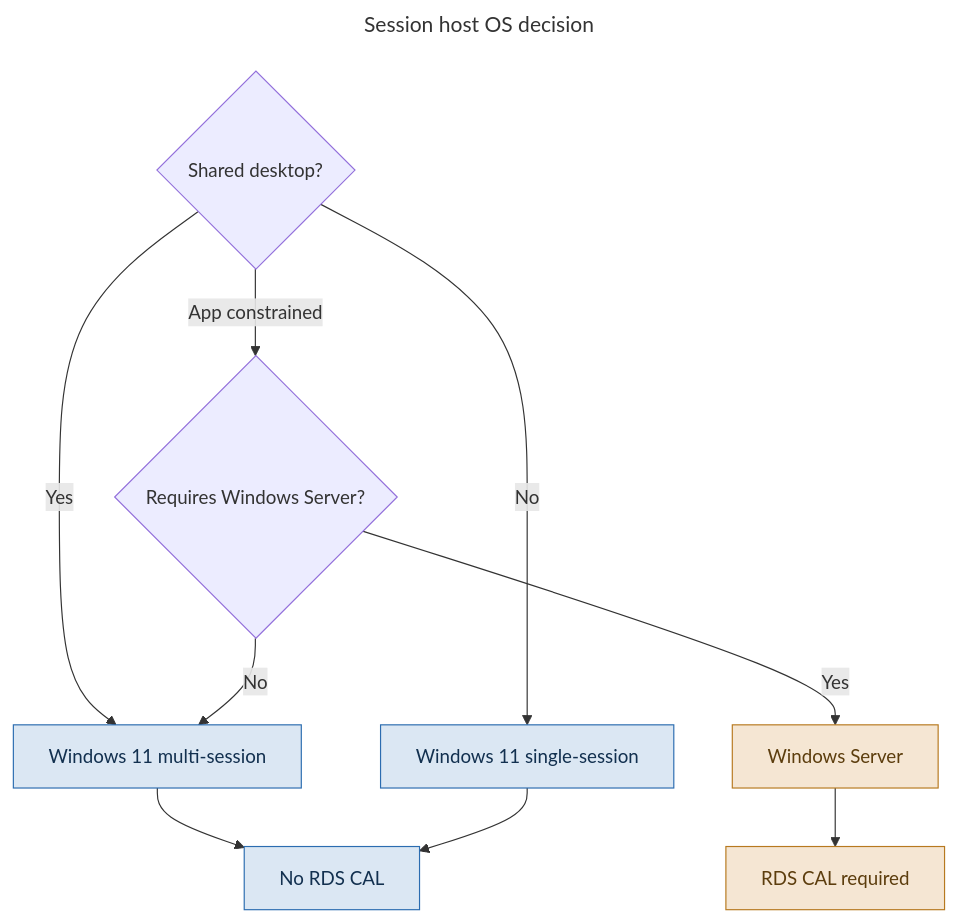
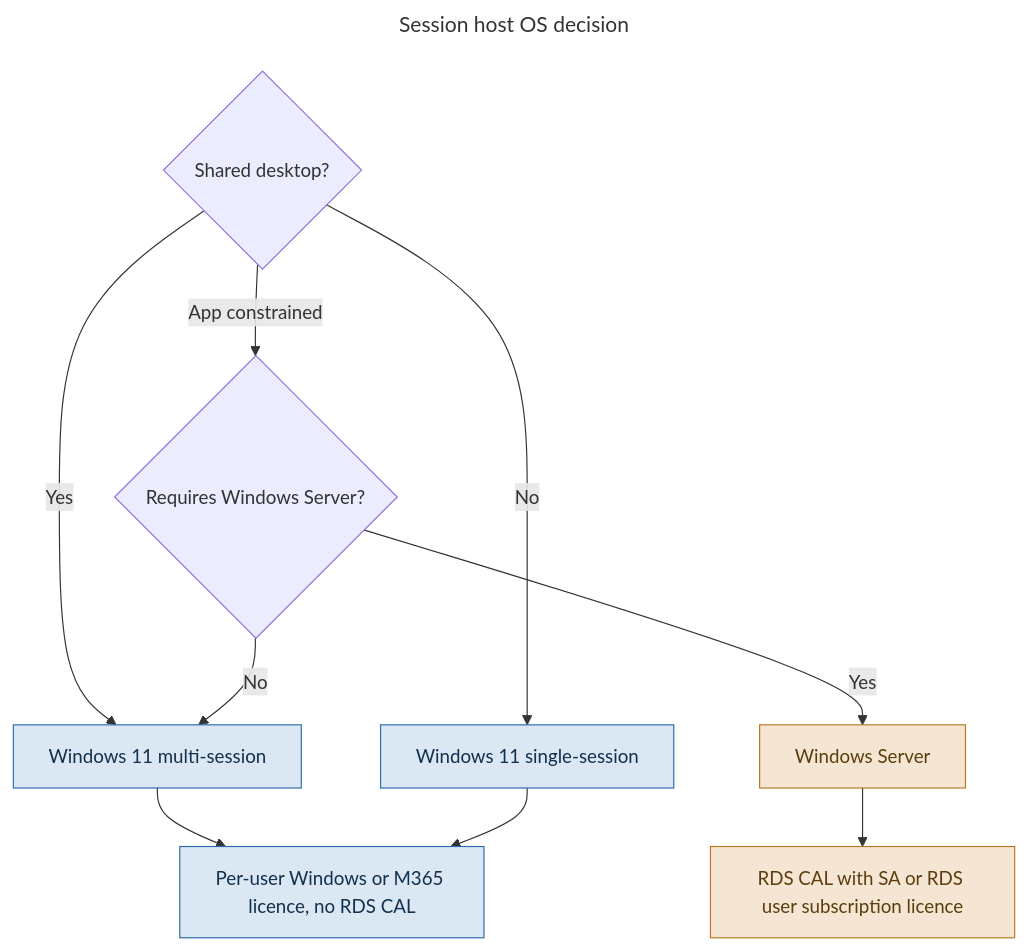
Before and after one commit to AddySidd27/azure-virtual-desktop-architect: the diagram in diagrams/ch05-session-host-os-decision.mermaid, drawn with Mermaid. The commit also changed 31 other files, not shown here.

First line of the commit message:
Validate Ch1-4 assets: redraw ch01, fix ch02/08/09/10 and lab03/04 diagrams, sync stale mermaid copies, correct Labs 1-5 and Terraform comments, add asset matrix

```diff
--- a/diagrams/ch05-session-host-os-decision.mermaid
+++ b/diagrams/ch05-session-host-os-decision.mermaid
@@ -1,21 +1,21 @@
 ---
 title: Session host OS decision
 ---
 flowchart TB
     Q1{"Shared desktop?"}
     Q2{"Requires Windows Server?"}
 
     Q1 -->|"Yes"| MS["Windows 11 multi-session"]
     Q1 -->|"No"| SS["Windows 11 single-session"]
     Q1 -->|"App constrained"| Q2
     Q2 -->|"Yes"| WS["Windows Server"]
     Q2 -->|"No"| MS
 
-    MS --> L1["No RDS CAL"]
+    MS --> L1["Per-user Windows or M365 licence, no RDS CAL"]
     SS --> L1
-    WS --> L2["RDS CAL required"]
+    WS --> L2["RDS CAL with SA or RDS user subscription licence"]
 
     classDef ok fill:#dbe7f3,stroke:#2b6cb0,color:#12304f
     classDef warn fill:#f5e6d3,stroke:#b7791f,color:#5c3d0d
     class MS,SS,L1 ok
     class WS,L2 warn
```
